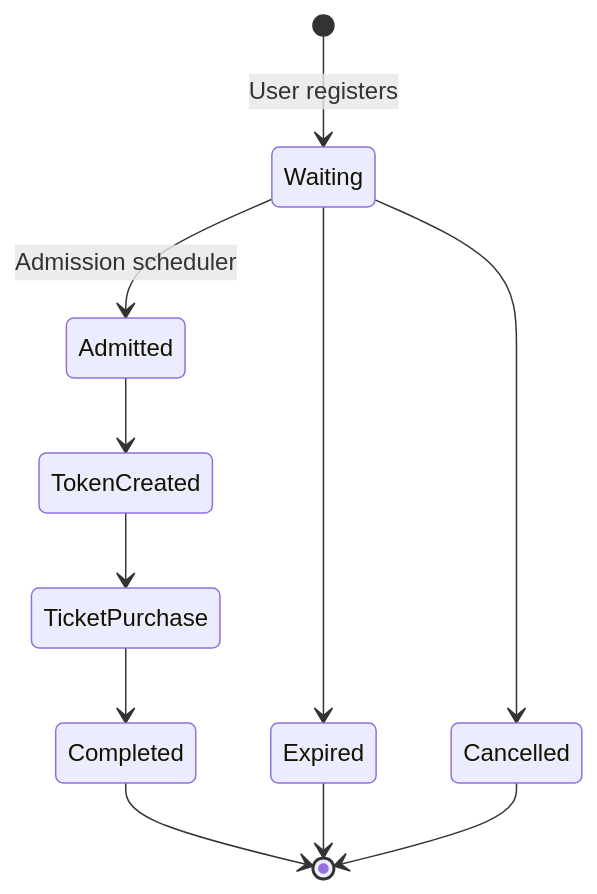
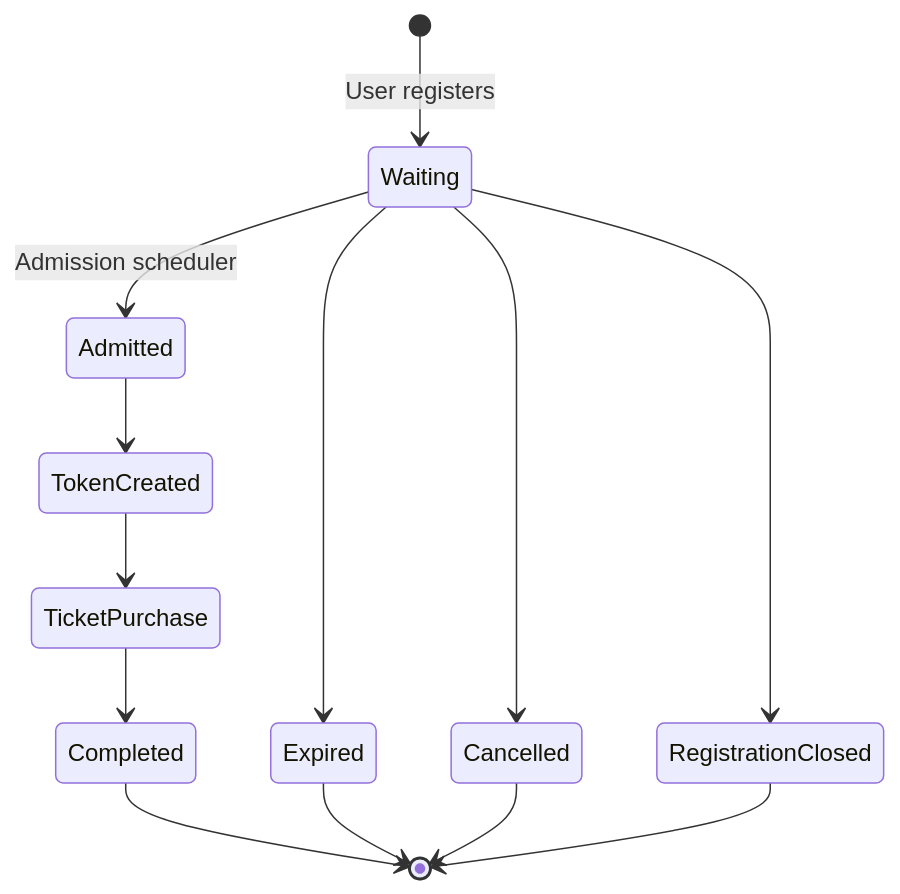
The fifth of 5 diagrams in docs/07-system-architecture.md (Afffan16/football-virtual-waiting-room), drawn with Mermaid before and after one commit. The commit also changed other lines of this file and 38 other files, not shown here.

````diff
--- a/docs/07-system-architecture.md
+++ b/docs/07-system-architecture.md
@@ -193,13 +208,15 @@
 ```mermaid
 stateDiagram-v2
     [*] --> Waiting: User registers
     Waiting --> Admitted: Admission scheduler
     Admitted --> TokenCreated
     TokenCreated --> TicketPurchase
     TicketPurchase --> Completed
     Completed --> [*]
     Waiting --> Expired
     Waiting --> Cancelled
+    Waiting --> RegistrationClosed
     Expired --> [*]
     Cancelled --> [*]
+    RegistrationClosed --> [*]
 ```
````
